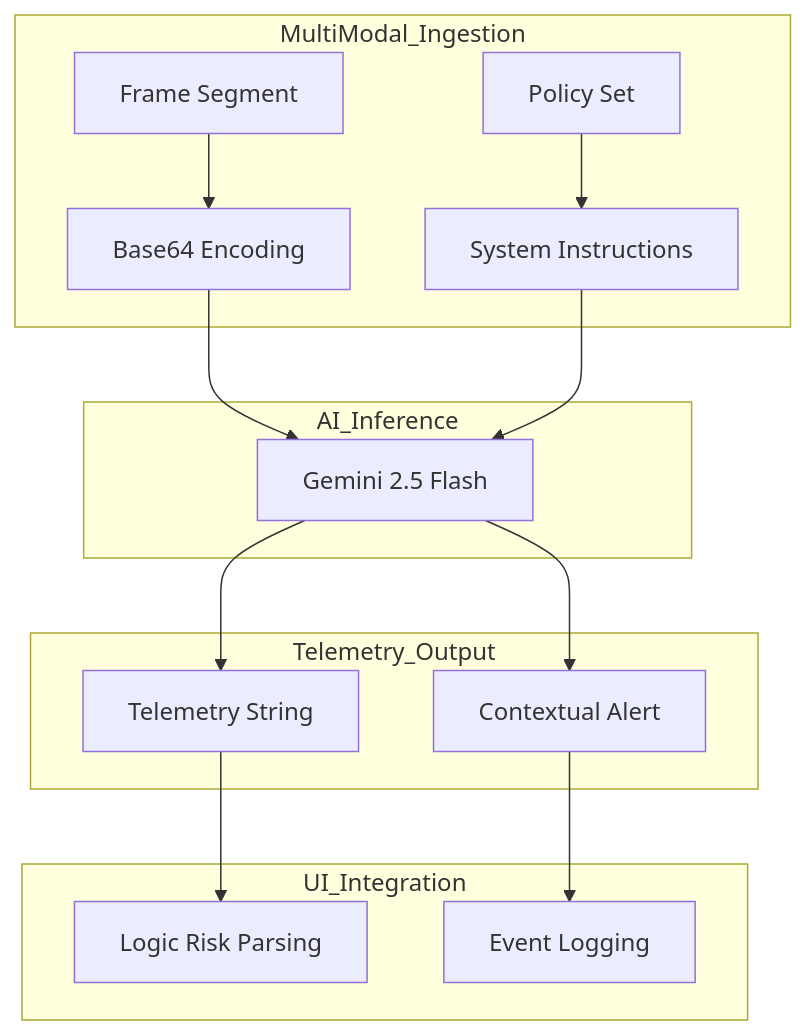
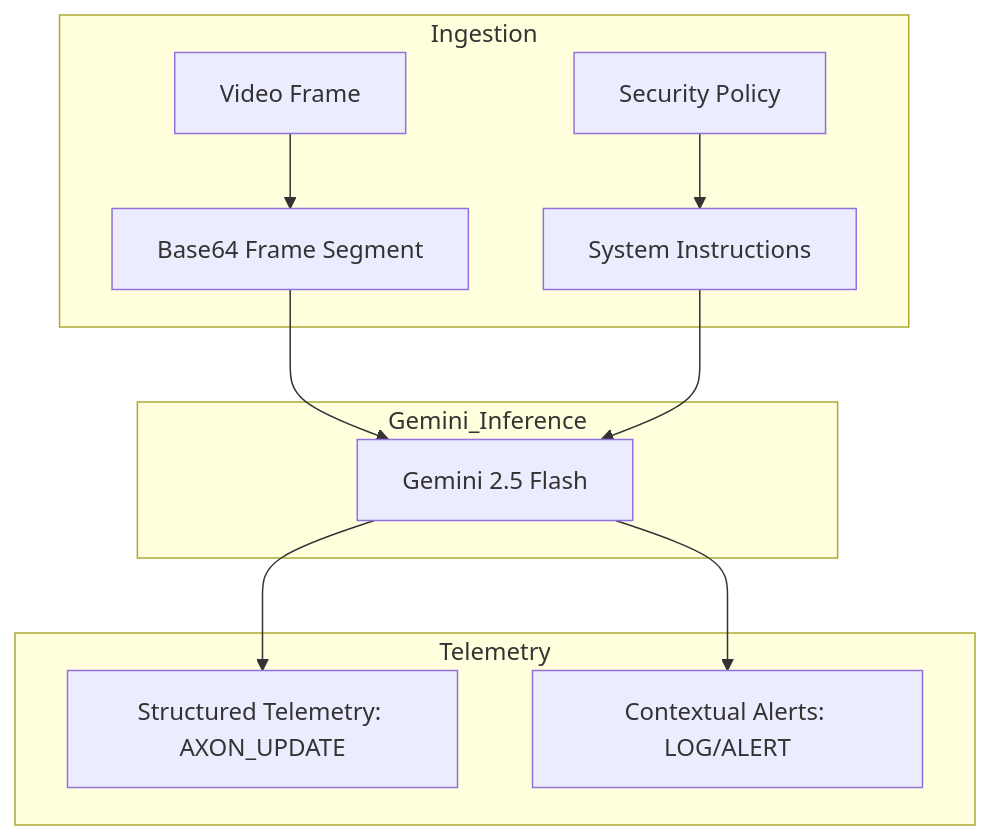
Before and after one commit to ritvikindupuri/FSD_Security: the third of 3 diagrams in documentation.md, drawn with Mermaid. The commit also changed other lines of this file and 1 other file, not shown here.

````diff
--- a/documentation.md
+++ b/documentation.md
@@ -95,22 +96,17 @@
 ```mermaid
 graph TD
-    subgraph MultiModal_Ingestion
-    V[Frame Segment] --> B64[Base64 Encoding]
-    P[Policy Set] --> SI[System Instructions]
+    subgraph Ingestion
+    V[Video Frame] --> B64[Base64 Frame Segment]
+    P[Security Policy] --> SI[System Instructions]
     end
     
-    subgraph AI_Inference
+    subgraph Gemini_Inference
     B64 --> G25[Gemini 2.5 Flash]
     SI --> G25
     end
     
-    subgraph Telemetry_Output
-    G25 --> TS[Telemetry String]
-    G25 --> AL[Contextual Alert]
-    end
-    
-    subgraph UI_Integration
-    TS --> RL[Logic Risk Parsing]
-    AL --> LOG[Event Logging]
+    subgraph Telemetry
+    G25 --> TS[Structured Telemetry: AXON_UPDATE]
+    G25 --> AL[Contextual Alerts: LOG/ALERT]
     end
 ```
````
